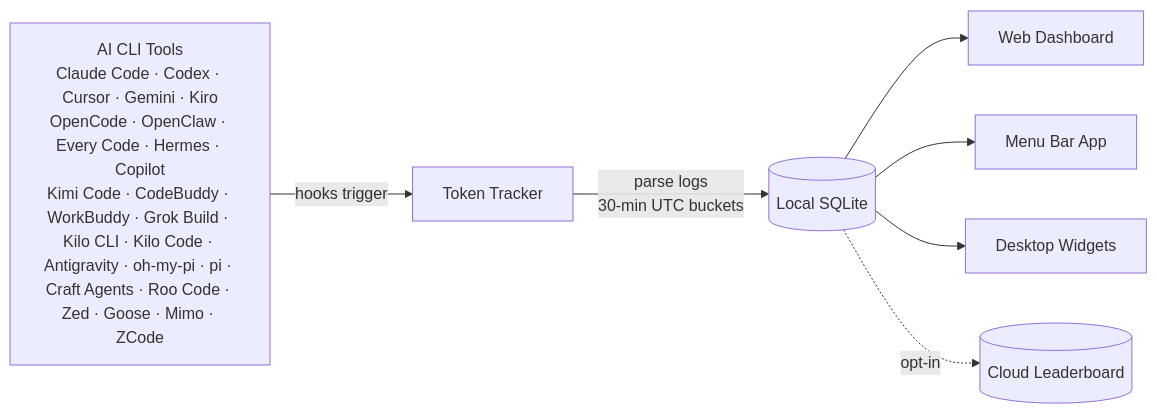
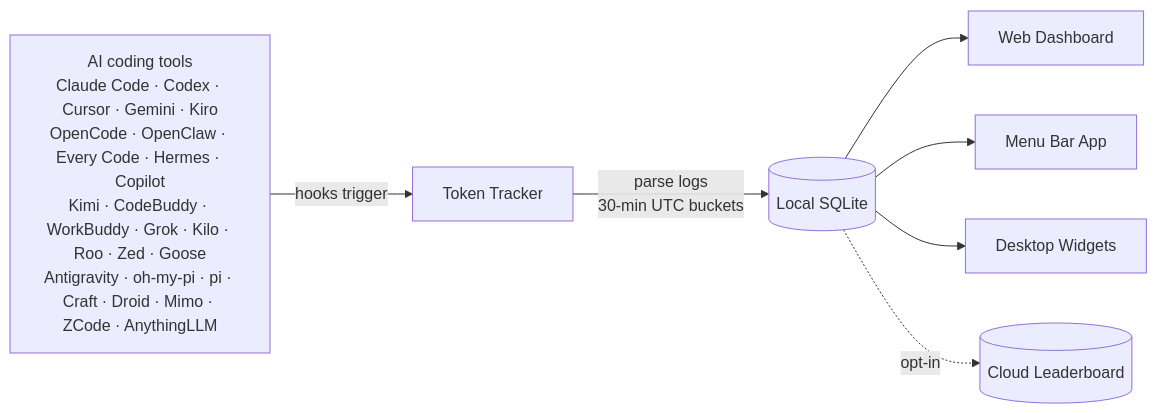
One commit to mm7894215/TokenTracker changed the diagram in README.ja.md. Above: the diagram before and after it, drawn with Mermaid. The commit also changed other lines of this file and 20 other files, not shown here.

````diff
--- a/README.ja.md
+++ b/README.ja.md
@@ -221,10 +223,10 @@
 ```mermaid
 flowchart LR
-    A["AI CLI Tools<br/>Claude Code · Codex · Cursor · Gemini · Kiro<br/>OpenCode · OpenClaw · Every Code · Hermes · Copilot<br/>Kimi Code · CodeBuddy · WorkBuddy · Grok Build · Kilo CLI · Kilo Code · <br/>Antigravity · oh-my-pi · pi · Craft Agents · Roo Code · Zed · Goose · Mimo · ZCode"]
+    A["AI coding tools<br/>Claude Code · Codex · Cursor · Gemini · Kiro<br/>OpenCode · OpenClaw · Every Code · Hermes · Copilot<br/>Kimi · CodeBuddy · WorkBuddy · Grok · Kilo · Roo · Zed · Goose<br/>Antigravity · oh-my-pi · pi · Craft · Droid · Mimo · ZCode · AnythingLLM"]
     A -->|hooks trigger| B[Token Tracker]
     B -->|parse logs<br/>30-min UTC buckets| C[(Local SQLite)]
     C --> D[Web Dashboard]
     C --> E[Menu Bar App]
     C --> F[Desktop Widgets]
     C -.->|opt-in| G[(Cloud Leaderboard)]
 ```
````
